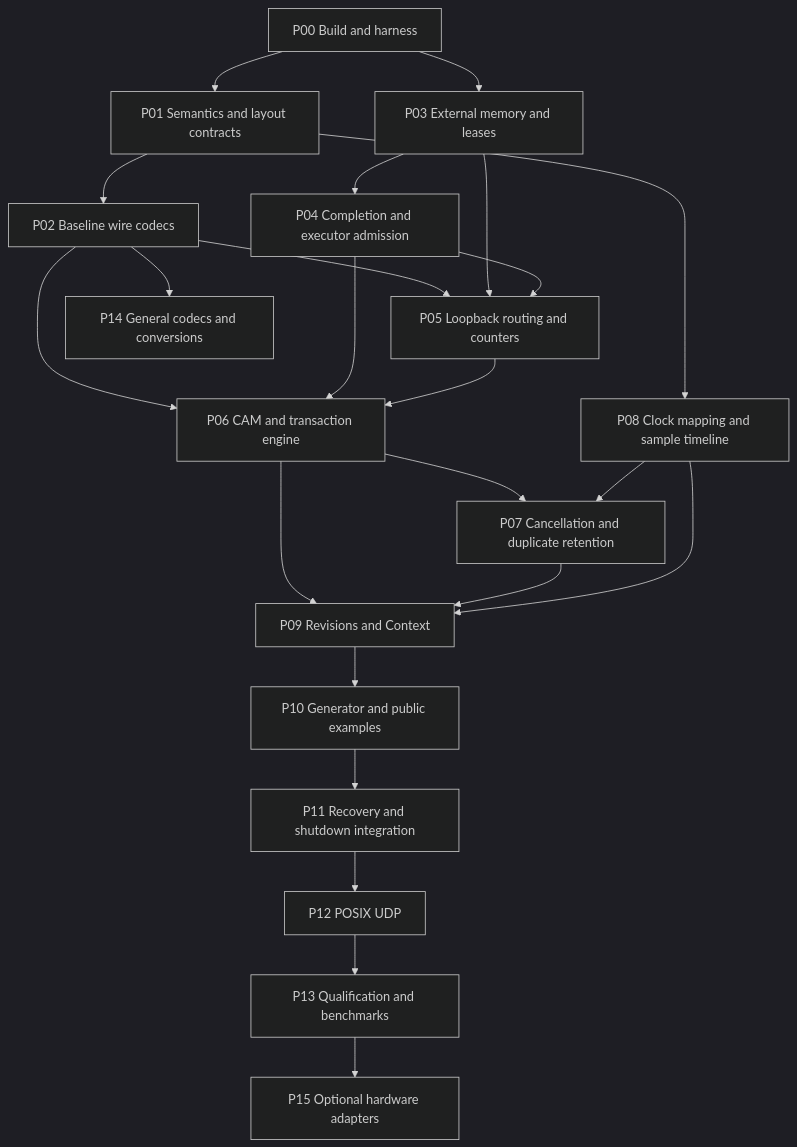
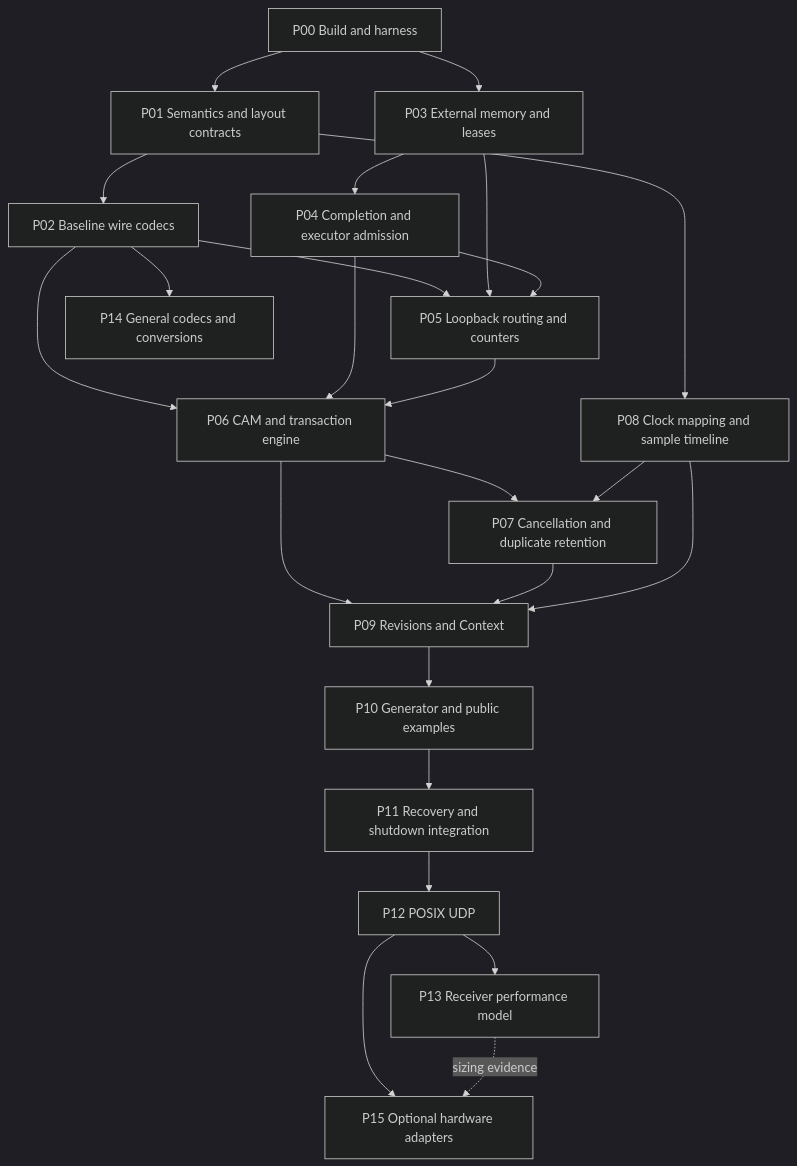
One commit to rklinkhammer/vrt_framework changed the diagram in docs/vita49_implementation_plan.md. Above: the diagram before and after it, drawn with Mermaid (dark theme). The commit also changed other lines of this file and 427 other files, not shown here.

````diff
--- a/docs/vita49_implementation_plan.md
+++ b/docs/vita49_implementation_plan.md
@@ -64,25 +64,26 @@
 ```mermaid
 flowchart TD
   P00[P00 Build and harness] --> P01[P01 Semantics and layout contracts]
   P00 --> P03[P03 External memory and leases]
   P01 --> P02[P02 Baseline wire codecs]
   P03 --> P04[P04 Completion and executor admission]
   P02 --> P05[P05 Loopback routing and counters]
   P03 --> P05
   P04 --> P05
   P02 --> P06[P06 CAM and transaction engine]
   P04 --> P06
   P05 --> P06
   P06 --> P07[P07 Cancellation and duplicate retention]
   P08 --> P07
   P01 --> P08[P08 Clock mapping and sample timeline]
   P06 --> P09[P09 Revisions and Context]
   P07 --> P09
   P08 --> P09
   P09 --> P10[P10 Generator and public examples]
   P10 --> P11[P11 Recovery and shutdown integration]
   P11 --> P12[P12 POSIX UDP]
-  P12 --> P13[P13 Qualification and benchmarks]
+  P12 --> P13[P13 Receiver performance model]
   P02 --> P14[P14 General codecs and conversions]
-  P13 --> P15[P15 Optional hardware adapters]
+  P12 --> P15[P15 Optional hardware adapters]
+  P13 -. sizing evidence .-> P15
 ```
````
